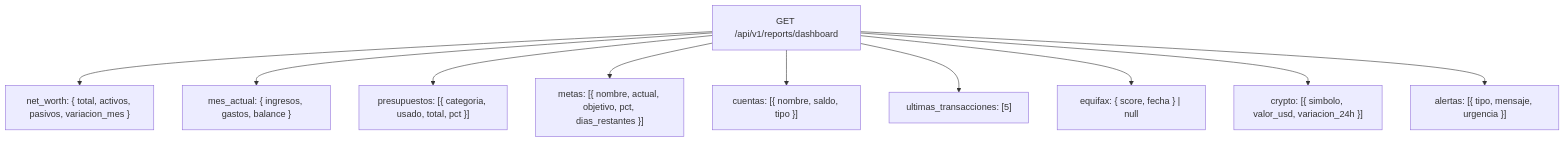
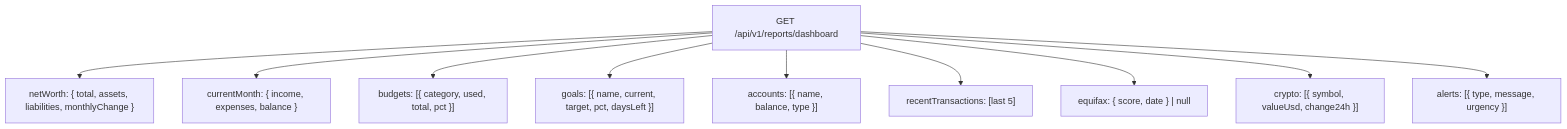
One commit to root-jeff/Sotang-Documentation changed the second of 3 diagrams in arquitectura/api-design.md. Above: the diagram before and after it, drawn with Mermaid. The commit also changed other lines of this file and 17 other files, not shown here.

````diff
--- a/arquitectura/api-design.md
+++ b/arquitectura/api-design.md
@@ -62,16 +64,16 @@
 ```mermaid
 graph TD
     DASH["GET /api/v1/reports/dashboard"]
 
-    NET["net_worth: { total, activos, pasivos, variacion_mes }"]
-    MONTH["mes_actual: { ingresos, gastos, balance }"]
-    BUDGETS["presupuestos: [{ categoria, usado, total, pct }]"]
-    GOALS["metas: [{ nombre, actual, objetivo, pct, dias_restantes }]"]
-    ACCOUNTS["cuentas: [{ nombre, saldo, tipo }]"]
-    RECENT["ultimas_transacciones: [5]"]
-    SCORES["equifax: { score, fecha } | null"]
-    CRYPTO["crypto: [{ simbolo, valor_usd, variacion_24h }]"]
-    ALERTS["alertas: [{ tipo, mensaje, urgencia }]"]
+    NET["netWorth: { total, assets, liabilities, monthlyChange }"]
+    MONTH["currentMonth: { income, expenses, balance }"]
+    BUDGETS["budgets: [{ category, used, total, pct }]"]
+    GOALS["goals: [{ name, current, target, pct, daysLeft }]"]
+    ACCOUNTS["accounts: [{ name, balance, type }]"]
+    RECENT["recentTransactions: [last 5]"]
+    SCORES["equifax: { score, date } | null"]
+    CRYPTO["crypto: [{ symbol, valueUsd, change24h }]"]
+    ALERTS["alerts: [{ type, message, urgency }]"]
 
     DASH --> NET & MONTH & BUDGETS & GOALS & ACCOUNTS & RECENT & SCORES & CRYPTO & ALERTS
 ```
````
